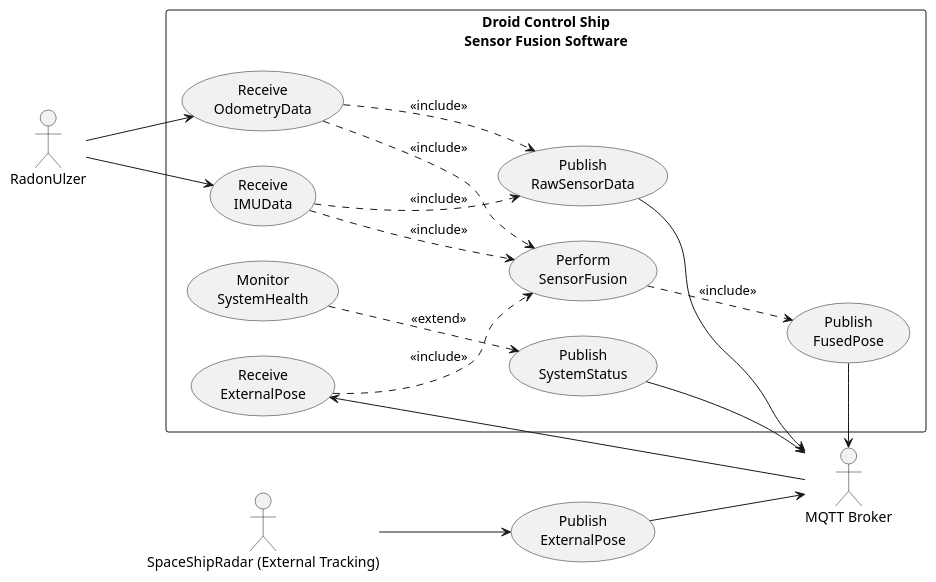
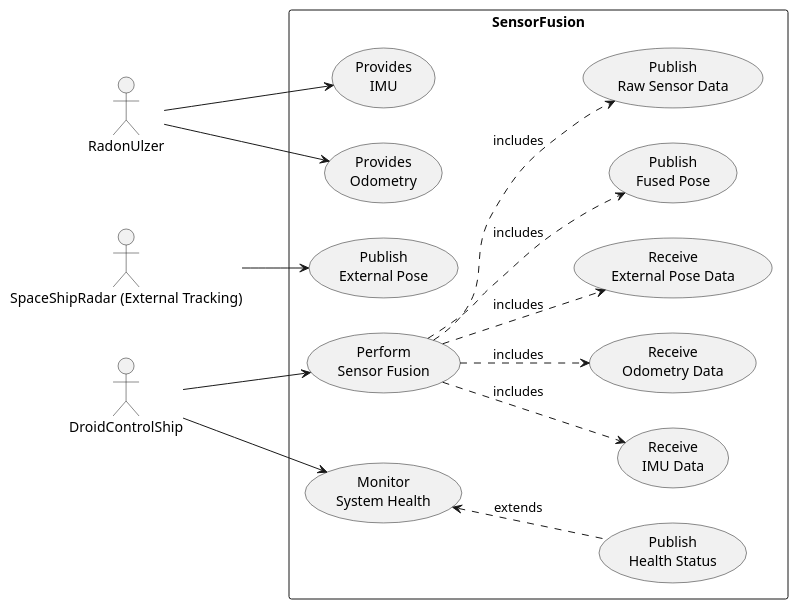
One commit to BlueAndi/DroidControlShip changed the diagram in doc/SensorFusion/UseCaseDiagram.puml. Above: the diagram before and after it, drawn with PlantUML.

Commit message:
Updated UseCaseDiagram

```diff
--- a/doc/SensorFusion/UseCaseDiagram.puml
+++ b/doc/SensorFusion/UseCaseDiagram.puml
@@ -1,43 +1,48 @@
 @startuml UseCaseDiagram
 left to right direction
 
 actor "RadonUlzer" as Zumo
 actor "SpaceShipRadar (External Tracking)" as Radar
-actor "MQTT Broker" as Broker
+actor "DroidControlShip" as DroidControlShip
 
-rectangle "Droid Control Ship\nSensor Fusion Software" as ZumoComSystem {
-    usecase "Receive\nOdometryData" as UC_ReceiveOdometry
-    usecase "Receive\nIMUData" as UC_ReceiveImu
-    usecase "Receive\nExternalPose" as UC_ReceiveExternalPose
-    usecase "Perform\nSensorFusion" as UC_PerformSensorFusion
-    usecase "Publish\nFusedPose" as UC_PublishFusedPose
-    usecase "Publish\nSystemStatus" as UC_PublishSystemStatus
-    usecase "Publish\nRawSensorData" as UC_PublishRawData
-    usecase "Monitor\nSystemHealth" as UC_MonitorSystemHealth
+rectangle "SensorFusion" as SensorFusionService {
+    ' Use Cases RadonUlzer
+    usecase "Provides\nIMU" as PublishIMU
+    usecase "Provides\nOdometry" as PublishOdometry
+
+    ' Use Cases SpaceShipRadar
+    usecase "Publish\nExternal Pose" as PublishExternalPose
+
+    ' Use Cases DroidControlShip
+    usecase "Perform\nSensor Fusion" as PerformSensorFusion
+    usecase "Receive\nIMU Data" as ReceiveIMUData
+    usecase "Receive\nOdometry Data" as ReceiveOdometryData
+    usecase "Receive\nExternal Pose Data" as ReceiveExternalPoseData
+    usecase "Monitor\nSystem Health" as MonitorSystemHealth
+    usecase "Publish\nFused Pose" as PublishFusedPose
+    usecase "Publish\nHealth Status" as PublishHealthStatus
+    usecase "Publish\nRaw Sensor Data" as PublishRawSensorData
 }
 
-usecase "Publish\nExternalPose" as UC_PublishExternalPose
+' Relationships RadonUlzer
+Zumo --> PublishIMU
+Zumo --> PublishOdometry
 
-' === Actor to Use Case ===
-Zumo --> UC_ReceiveOdometry
-Zumo --> UC_ReceiveImu
+' Relationships SpaceShipRadar
+Radar --> PublishExternalPose
 
-Radar --> UC_PublishExternalPose
-UC_PublishExternalPose --> Broker
-Broker --> UC_ReceiveExternalPose
+' Relationships DroidControlShip
+DroidControlShip --> PerformSensorFusion
+DroidControlShip --> MonitorSystemHealth
 
-' === Use Case Dependencies ===
-UC_ReceiveOdometry ..> UC_PerformSensorFusion : <<include>>
-UC_ReceiveImu ..> UC_PerformSensorFusion : <<include>>
-UC_ReceiveExternalPose ..> UC_PerformSensorFusion : <<include>>
-UC_PerformSensorFusion ..> UC_PublishFusedPose : <<include>>
-UC_ReceiveOdometry ..> UC_PublishRawData : <<include>>
-UC_ReceiveImu ..> UC_PublishRawData : <<include>>
-UC_MonitorSystemHealth ..> UC_PublishSystemStatus : <<extend>>
+' Includes/Extends PerformSensorFusion
+PerformSensorFusion ..> ReceiveIMUData : includes
+PerformSensorFusion ..> ReceiveOdometryData : includes
+PerformSensorFusion ..> ReceiveExternalPoseData : includes
+PerformSensorFusion ..> PublishFusedPose : includes
+PerformSensorFusion ..> PublishRawSensorData : includes
 
-' === Publishing to Broker ===
-UC_PublishFusedPose --> Broker
-UC_PublishSystemStatus --> Broker
-UC_PublishRawData --> Broker
+' Includes/Extends MonitorSystemHealth
+MonitorSystemHealth <.. PublishHealthStatus : extends
 
 @enduml
```
